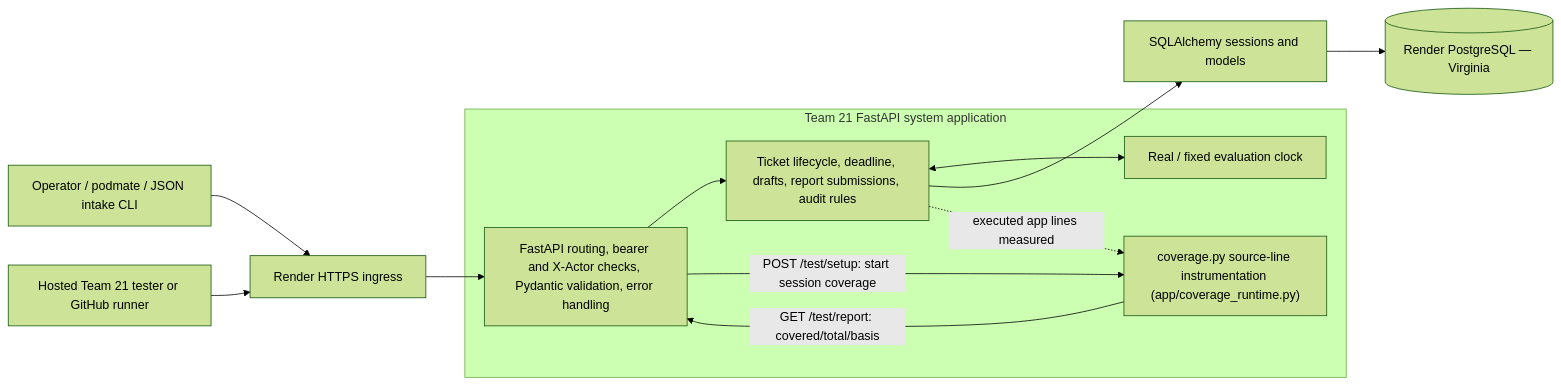
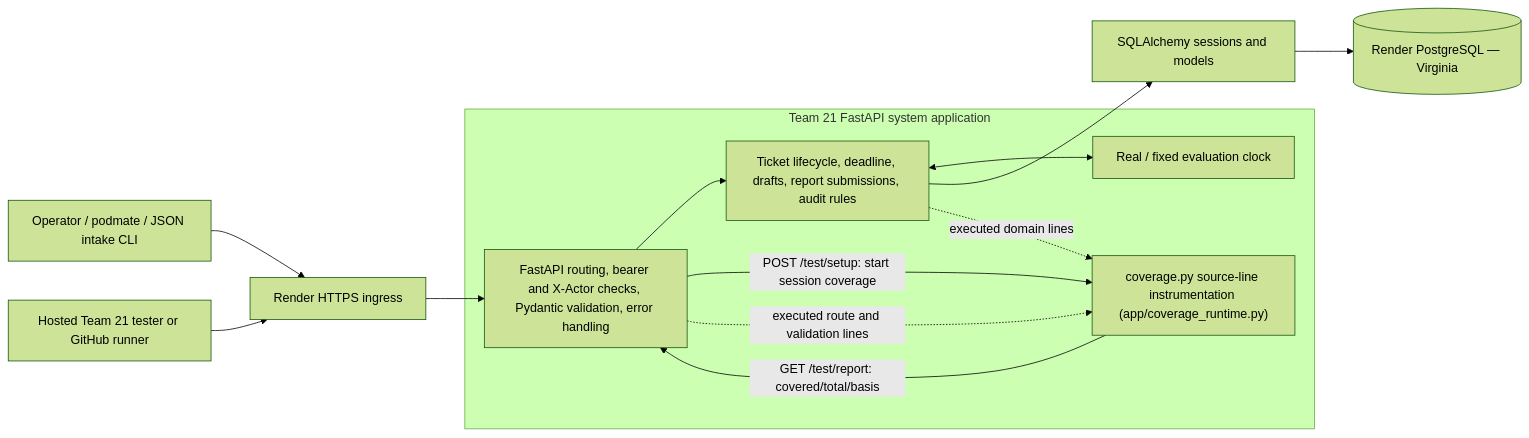
The third of 3 diagrams in docs/phase5-models.md (WConrad44/cra-reporting-service), drawn with Mermaid (forest theme) before and after one commit.

Commit message:
Show both FastAPI validation and domain code contributing to instrumentation

````diff
--- a/docs/phase5-models.md
+++ b/docs/phase5-models.md
@@ -97,19 +97,20 @@
 ```mermaid
 flowchart LR
     Clients["Operator / podmate / JSON intake CLI"] --> HTTPS["Render HTTPS ingress"]
     HostedTester["Hosted Team 21 tester or GitHub runner"] --> HTTPS
     subgraph App["Team 21 FastAPI system application"]
         Entry["FastAPI routing, bearer and X-Actor checks, Pydantic validation, error handling"]
         Rules["Ticket lifecycle, deadline, drafts, report submissions, audit rules"]
         Clock["Real / fixed evaluation clock"]
         Coverage["coverage.py source-line instrumentation (app/coverage_runtime.py)"]
         Entry --> Rules
         Rules <--> Clock
     end
     HTTPS --> Entry
     Rules --> ORM["SQLAlchemy sessions and models"]
     ORM --> DB[("Render PostgreSQL — Virginia")]
     Entry -->|"POST /test/setup: start session coverage"| Coverage
-    Rules -.->|"executed app lines measured"| Coverage
+    Entry -.->|"executed route and validation lines"| Coverage
+    Rules -.->|"executed domain lines"| Coverage
     Coverage -->|"GET /test/report: covered/total/basis"| Entry
 ```
````
